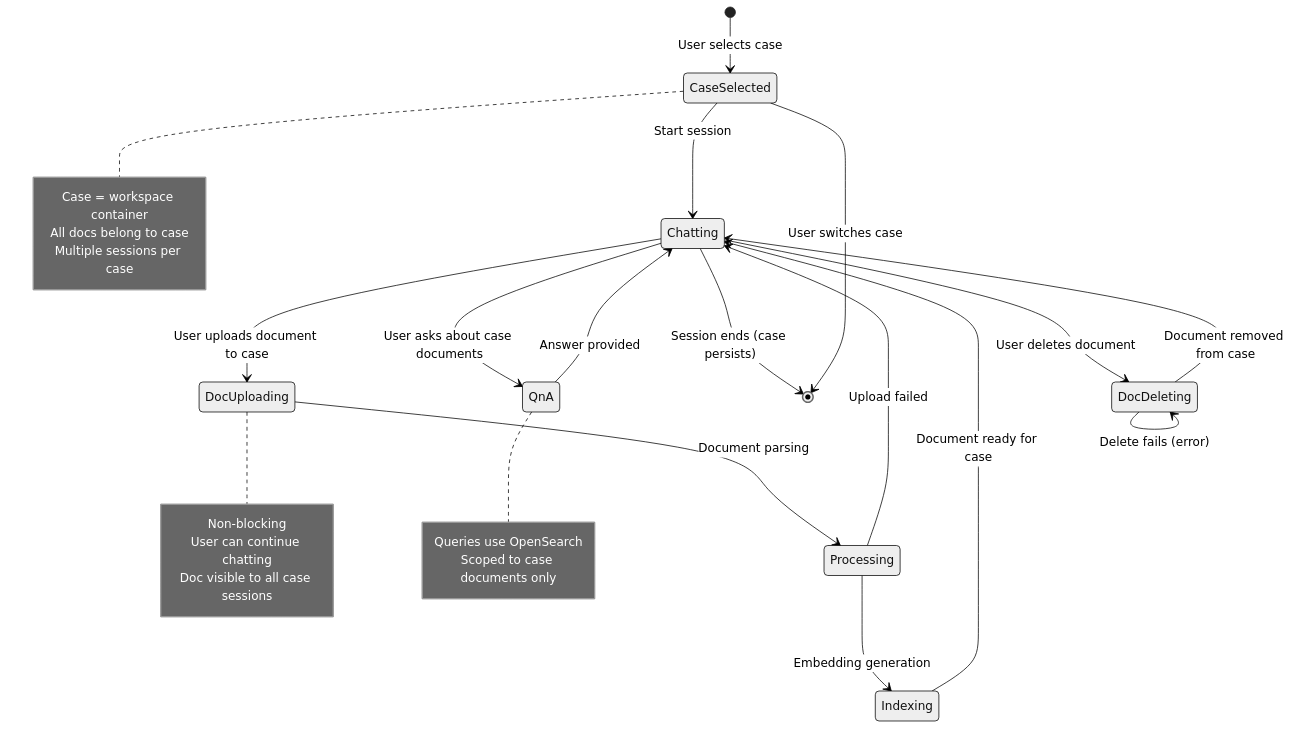
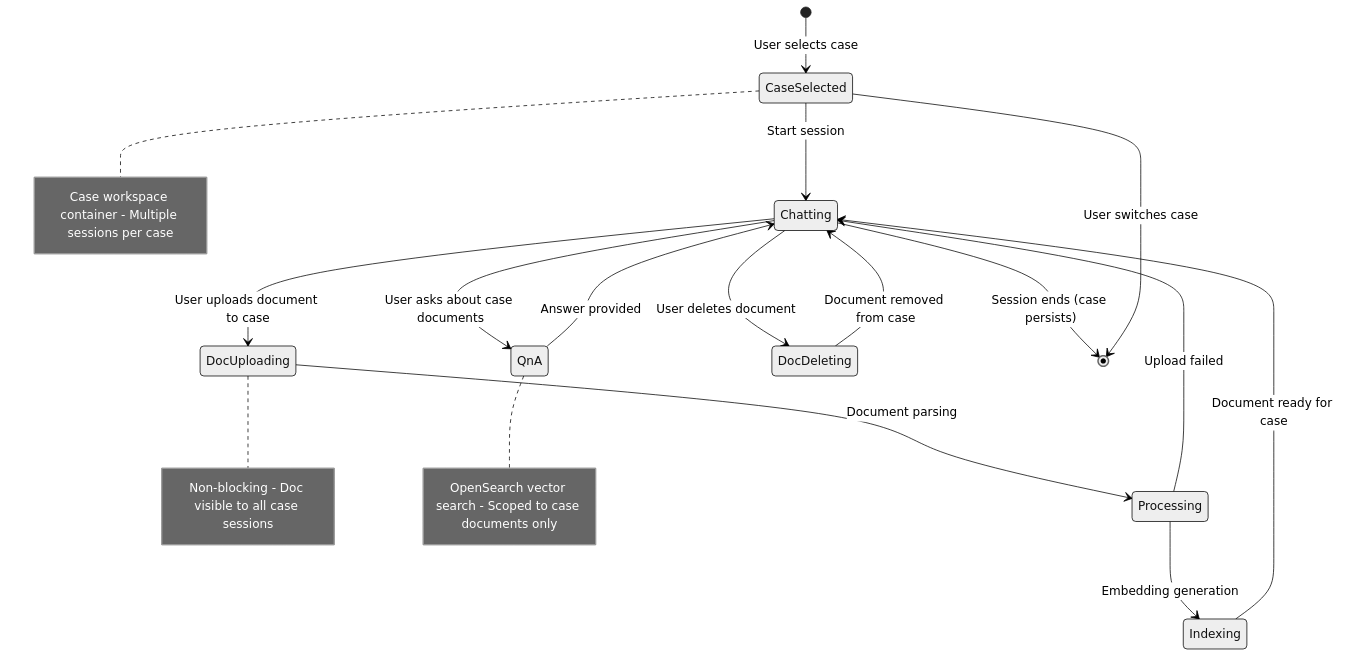
One commit to anguyenbus/ragflowdemo changed the first of 2 diagrams in docs/chat_with_doc_upload_flow.md. Above: the diagram before and after it, drawn with Mermaid (neutral theme). The commit also changed other lines of this file, not shown here.

````diff
--- a/docs/chat_with_doc_upload_flow.md
+++ b/docs/chat_with_doc_upload_flow.md
@@ -24,37 +24,22 @@
 ```mermaid
 stateDiagram-v2
     [*] --> CaseSelected: User selects case
     CaseSelected --> Chatting: Start session
     Chatting --> DocUploading: User uploads document to case
     DocUploading --> Processing: Document parsing
     Processing --> Indexing: Embedding generation
     Indexing --> Chatting: Document ready for case
     Processing --> Chatting: Upload failed
 
     Chatting --> QnA: User asks about case documents
     QnA --> Chatting: Answer provided
+    Chatting --> DocDeleting: User deletes document
+    DocDeleting --> Chatting: Document removed from case
 
     Chatting --> [*]: Session ends (case persists)
     CaseSelected --> [*]: User switches case
 
-    note right of CaseSelected
-        Case = workspace container
-        All docs belong to case
-        Multiple sessions per case
-    end note
-
-    note right of DocUploading
-        Non-blocking
-        User can continue chatting
-        Doc visible to all case sessions
-    end note
-
-    note right of QnA
-        Queries use OpenSearch
-        Scoped to case documents only
-    end note
-
-    Chatting --> DocDeleting: User deletes document
-    DocDeleting --> Chatting: Document removed from case
-    DocDeleting --> DocDeleting: Delete fails (error)
+    note right of CaseSelected : Case workspace container - Multiple sessions per case
+    note right of DocUploading : Non-blocking - Doc visible to all case sessions
+    note right of QnA : OpenSearch vector search - Scoped to case documents only
 ```
````
